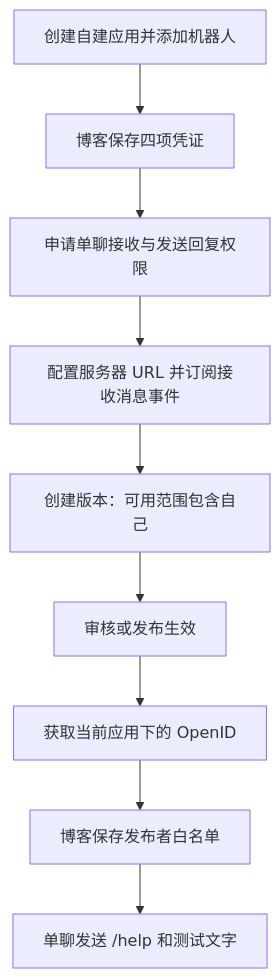
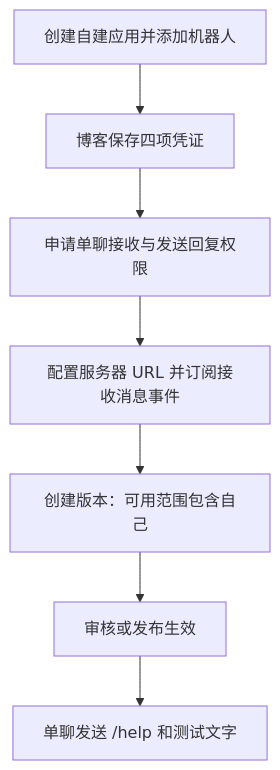
Before and after one commit to firekylin/plugins: the fourth of 4 diagrams in packages/say/README.md, drawn with Mermaid. The commit also changed other lines of this file and 10 other files, not shown here.

````diff
--- a/packages/say/README.md
+++ b/packages/say/README.md
@@ -275,11 +275,9 @@
 ```mermaid
 flowchart TD
     A[创建自建应用并添加机器人] --> B[博客保存四项凭证]
     B --> C[申请单聊接收与发送回复权限]
     C --> D[配置服务器 URL 并订阅接收消息事件]
     D --> E[创建版本：可用范围包含自己]
     E --> F[审核或发布生效]
-    F --> G[获取当前应用下的 OpenID]
-    G --> H[博客保存发布者白名单]
-    H --> I[单聊发送 /help 和测试文字]
+    F --> I[单聊发送 /help 和测试文字]
 ```
````
